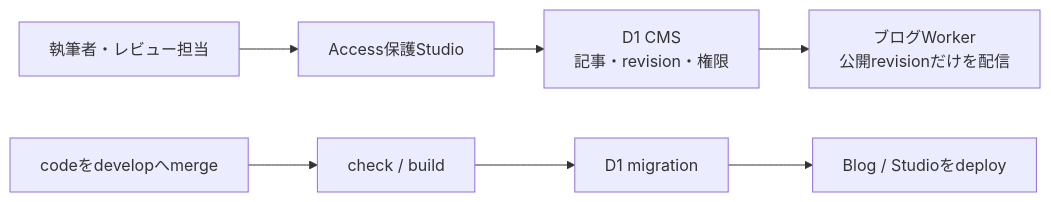
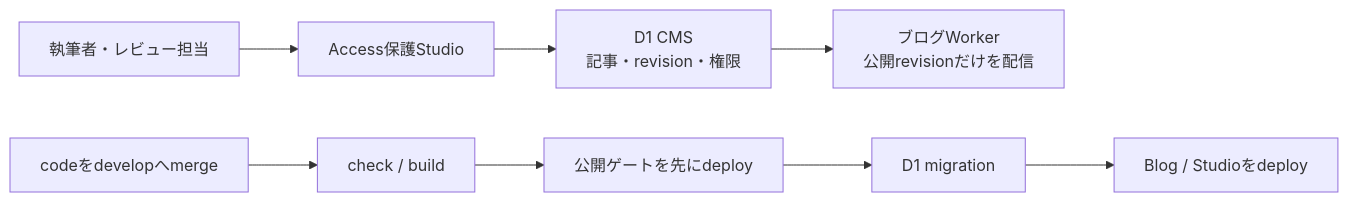
One commit to mani1261790/Noema changed the diagram in README.md. Above: the diagram before and after it, drawn with Mermaid. The commit also changed other lines of this file and 4 other files, not shown here.

Commit message:
Document CMS editorial and deployment flows

````diff
--- a/README.md
+++ b/README.md
@@ -21,9 +23,10 @@
 ```mermaid
 flowchart LR
   Author["執筆者・レビュー担当"] --> Studio["Access保護Studio"]
   Studio --> D1["D1 CMS<br/>記事・revision・権限"]
   D1 --> Blog["ブログWorker<br/>公開revisionだけを配信"]
   Develop["codeをdevelopへmerge"] --> CI["check / build"]
-  CI --> Migration["D1 migration"]
+  CI --> Gate["公開ゲートを先にdeploy"]
+  Gate --> Migration["D1 migration"]
   Migration --> Deploy["Blog / Studioをdeploy"]
 ```
````
